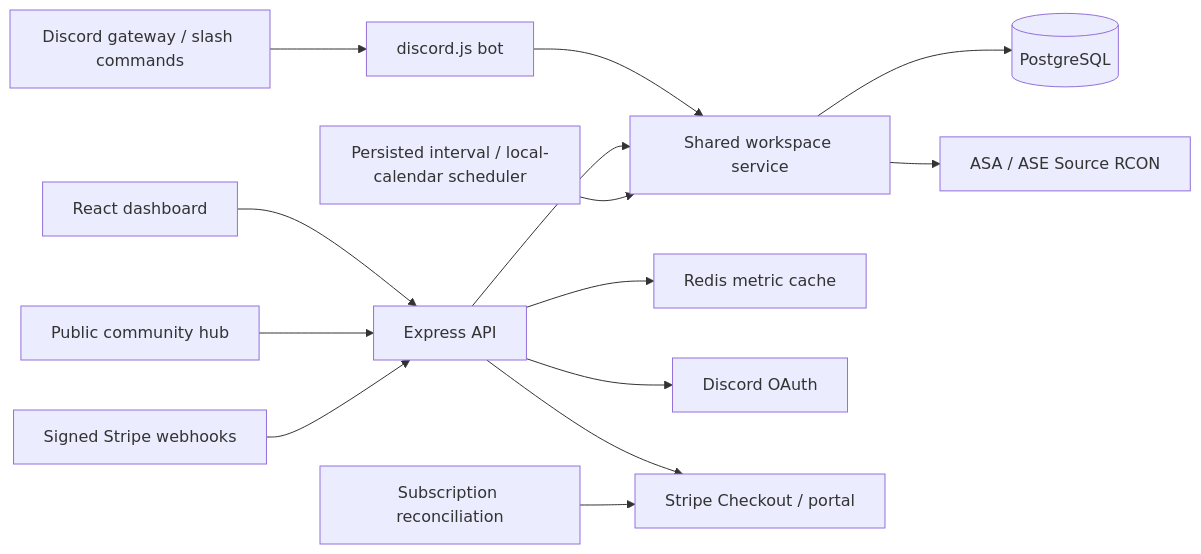
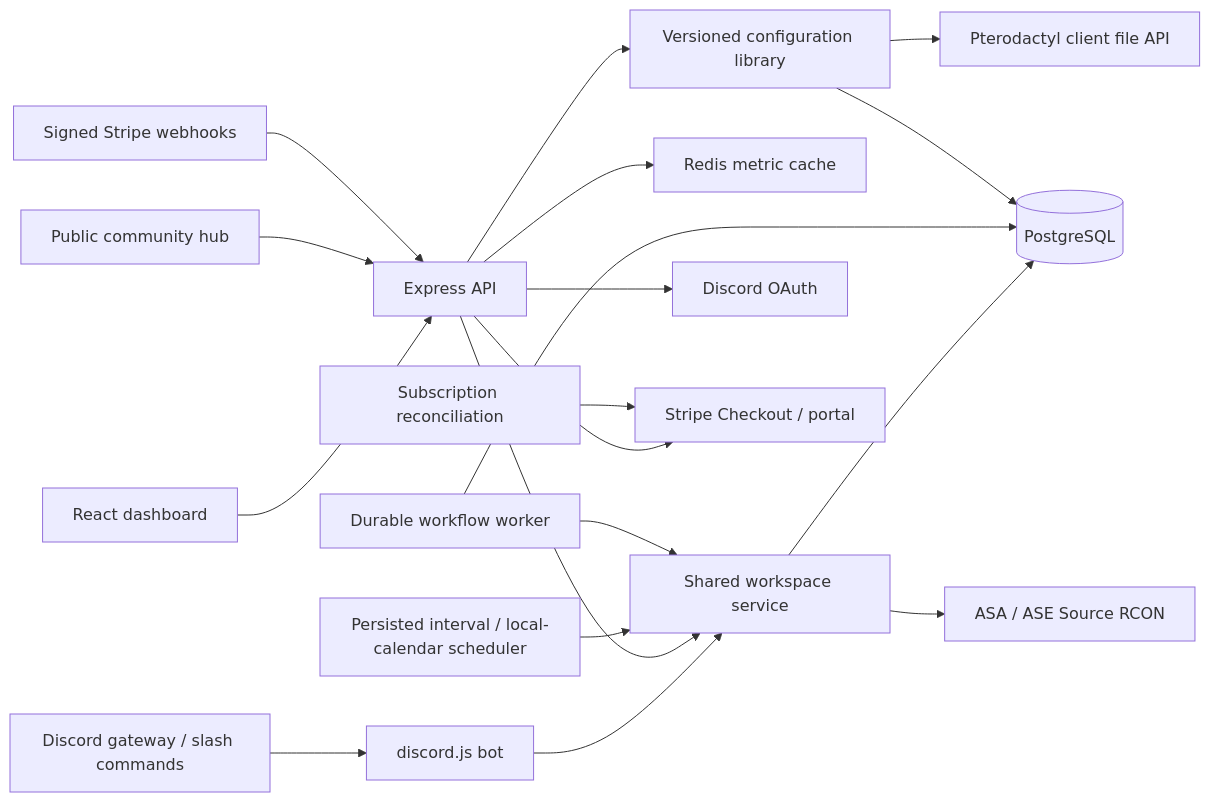
The diagram in docs/ARCHITECTURE.md (RepGraphics/rookrift), drawn with Mermaid before and after one commit. The commit also changed 38 other files, not shown here.

````diff
--- a/docs/ARCHITECTURE.md
+++ b/docs/ARCHITECTURE.md
@@ -3,16 +3,21 @@
 ```mermaid
 flowchart LR
   Browser[React dashboard] --> API[Express API]
   Discord[Discord gateway / slash commands] --> Bot[discord.js bot]
   Bot --> Service[Shared workspace service]
   API --> Service
   Service --> DB[(PostgreSQL)]
   API --> Cache[Redis metric cache]
   Service --> RCON[ASA / ASE Source RCON]
   Scheduler[Persisted interval / local-calendar scheduler] --> Service
+  WorkflowWorker[Durable workflow worker] --> Service
+  WorkflowWorker --> DB
+  API --> Config[Versioned configuration library]
+  Config --> DB
+  Config --> Panel[Pterodactyl client file API]
   Community[Public community hub] --> API
   API --> OAuth[Discord OAuth]
   API --> Checkout[Stripe Checkout / portal]
   Stripe[Signed Stripe webhooks] --> API
   Reconcile[Subscription reconciliation] --> Checkout
 ```
````
